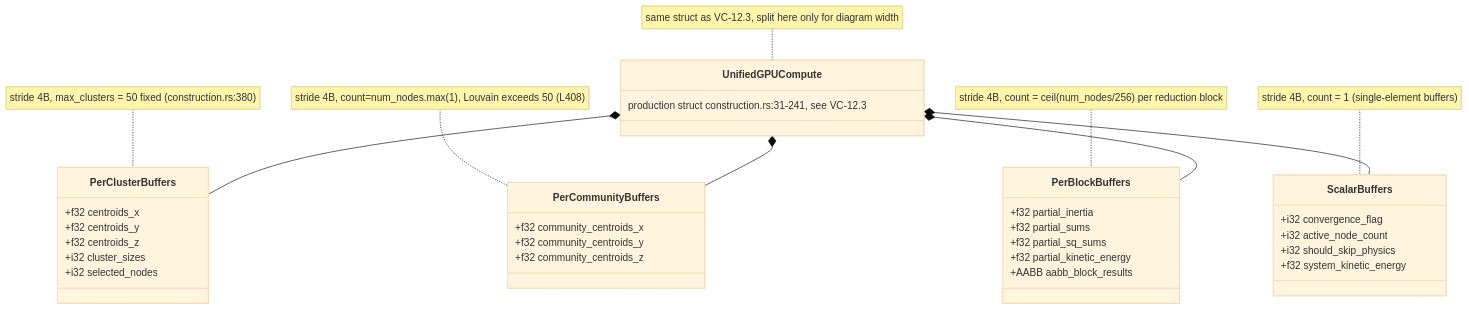
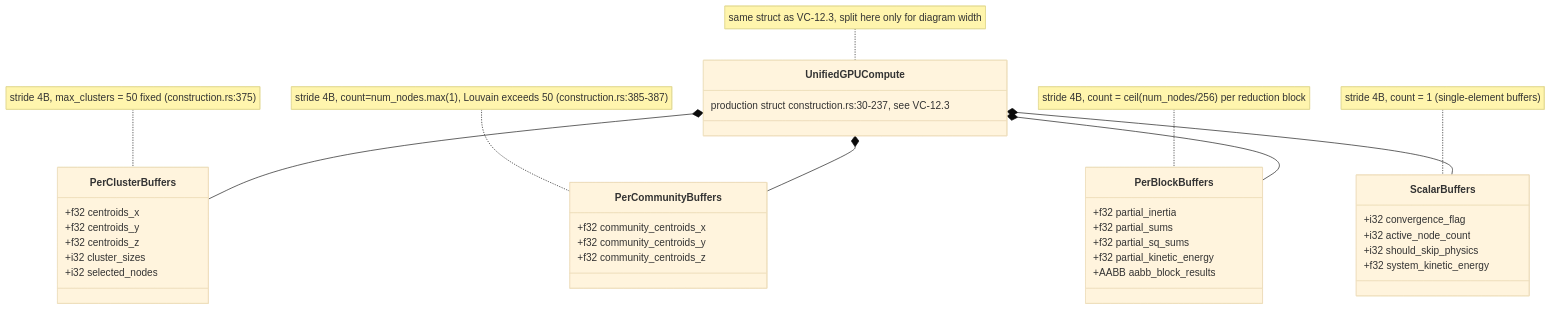
The fourth of 7 diagrams in docs/diagrams/visionclaw/12-simparams-abi-and-ptx.md (DreamLab-AI/VisionFlow), drawn with Mermaid (base theme) before and after one commit. The commit also changed other lines of this file and 80 other files, not shown here.

First line of the commit message:
docs(diagrams): re-verify the agentbox, dreamlab, estate and visionflow corpus against current sources

````diff
--- a/docs/diagrams/visionclaw/12-simparams-abi-and-ptx.md
+++ b/docs/diagrams/visionclaw/12-simparams-abi-and-ptx.md
@@ -244,41 +244,41 @@
 ```mermaid
 classDiagram
     class PerClusterBuffers {
         +f32 centroids_x
         +f32 centroids_y
         +f32 centroids_z
         +i32 cluster_sizes
         +i32 selected_nodes
     }
     class PerCommunityBuffers {
         +f32 community_centroids_x
         +f32 community_centroids_y
         +f32 community_centroids_z
     }
     class PerBlockBuffers {
         +f32 partial_inertia
         +f32 partial_sums
         +f32 partial_sq_sums
         +f32 partial_kinetic_energy
         +AABB aabb_block_results
     }
     class ScalarBuffers {
         +i32 convergence_flag
         +i32 active_node_count
         +i32 should_skip_physics
         +f32 system_kinetic_energy
     }
     class UnifiedGPUCompute {
-        production struct construction.rs:31-241, see VC-12.3
+        production struct construction.rs:30-237, see VC-12.3
     }
     UnifiedGPUCompute *-- PerClusterBuffers
     UnifiedGPUCompute *-- PerCommunityBuffers
     UnifiedGPUCompute *-- PerBlockBuffers
     UnifiedGPUCompute *-- ScalarBuffers
 
-    note for PerClusterBuffers "stride 4B, max_clusters = 50 fixed (construction.rs:380)"
-    note for PerCommunityBuffers "stride 4B, count=num_nodes.max(1), Louvain exceeds 50 (L408)"
+    note for PerClusterBuffers "stride 4B, max_clusters = 50 fixed (construction.rs:375)"
+    note for PerCommunityBuffers "stride 4B, count=num_nodes.max(1), Louvain exceeds 50 (construction.rs:385-387)"
     note for PerBlockBuffers "stride 4B, count = ceil(num_nodes/256) per reduction block"
     note for ScalarBuffers "stride 4B, count = 1 (single-element buffers)"
     note for UnifiedGPUCompute "same struct as VC-12.3, split here only for diagram width"
 ```
````
